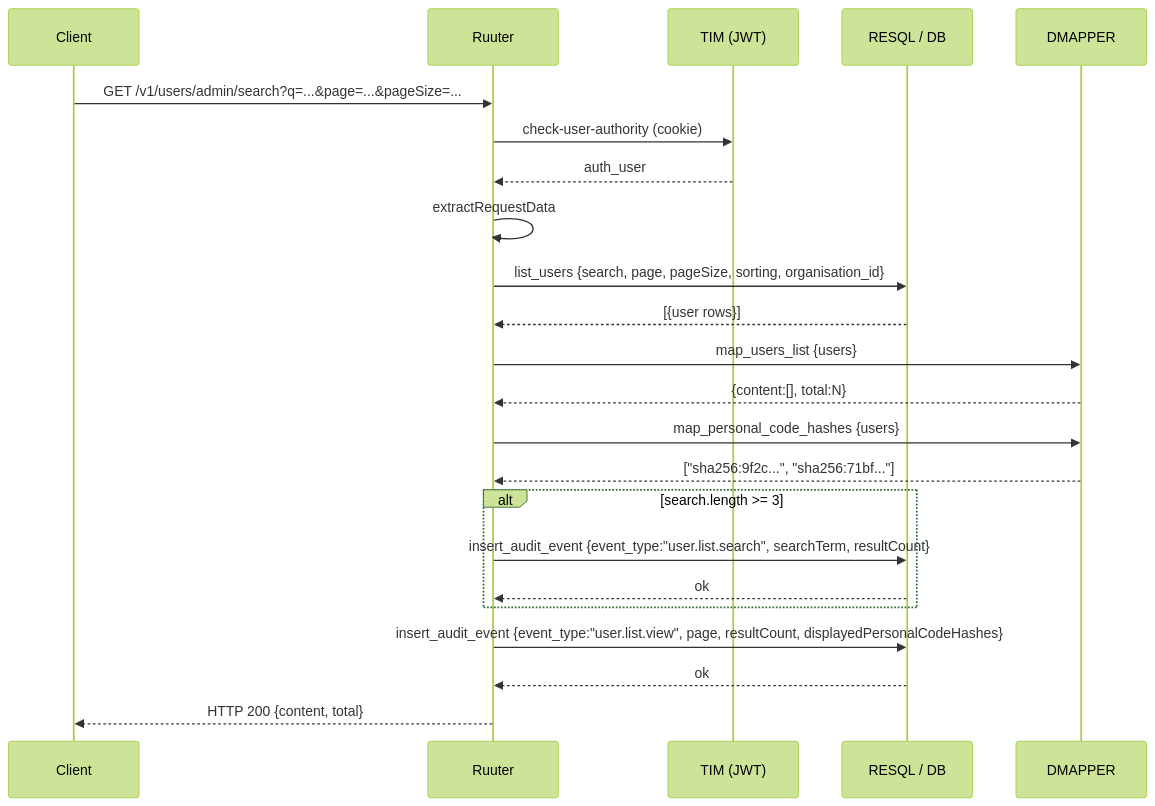
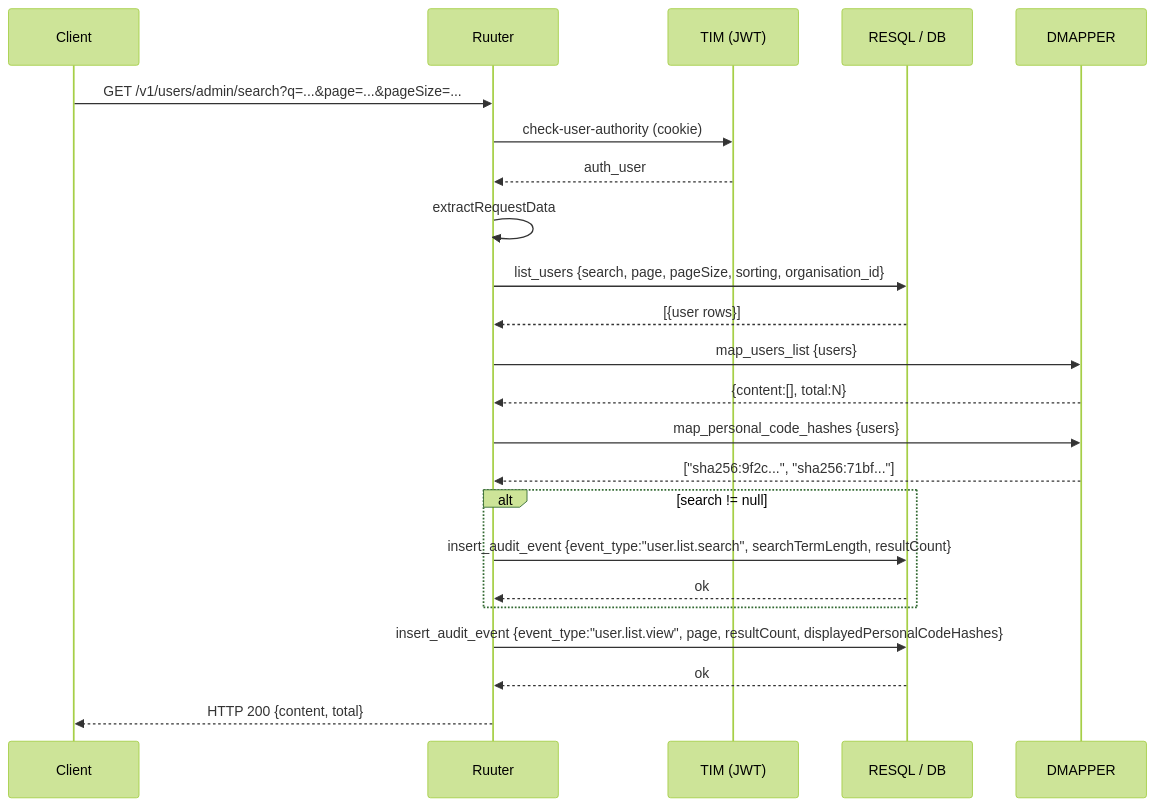
The second of 4 diagrams in docs/audit-logging.md (kemit-ee/ljvis-2), drawn with Mermaid (forest theme) before and after one commit. The commit also changed other lines of this file, not shown here.

First line of the commit message:
fix(audit): store only search length, never search content

````diff
--- a/docs/audit-logging.md
+++ b/docs/audit-logging.md
@@ -194,26 +198,26 @@
 ```mermaid
 sequenceDiagram
     participant K as Client
     participant R as Ruuter
     participant T as TIM (JWT)
     participant DB as RESQL / DB
     participant DM as DMAPPER
 
     K->>R: GET /v1/users/admin/search?q=...&page=...&pageSize=...
     R->>T: check-user-authority (cookie)
     T-->>R: auth_user
     R->>R: extractRequestData
     R->>DB: list_users {search, page, pageSize, sorting, organisation_id}
     DB-->>R: [{user rows}]
     R->>DM: map_users_list {users}
     DM-->>R: {content:[], total:N}
     R->>DM: map_personal_code_hashes {users}
     DM-->>R: ["sha256:9f2c...", "sha256:71bf..."]
-    alt search.length >= 3
-        R->>DB: insert_audit_event {event_type:"user.list.search", searchTerm, resultCount}
+    alt search != null
+        R->>DB: insert_audit_event {event_type:"user.list.search", searchTermLength, resultCount}
         DB-->>R: ok
     end
     R->>DB: insert_audit_event {event_type:"user.list.view", page, resultCount, displayedPersonalCodeHashes}
     DB-->>R: ok
     R-->>K: HTTP 200 {content, total}
 ```
````
